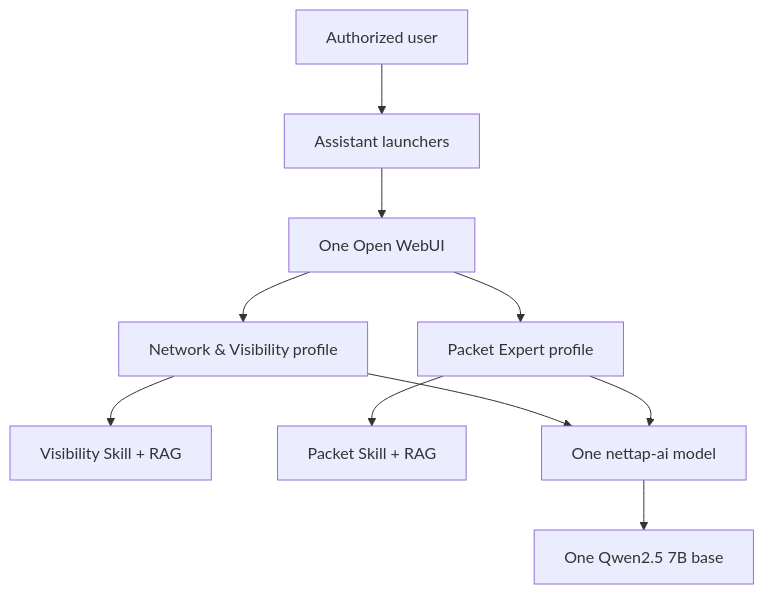
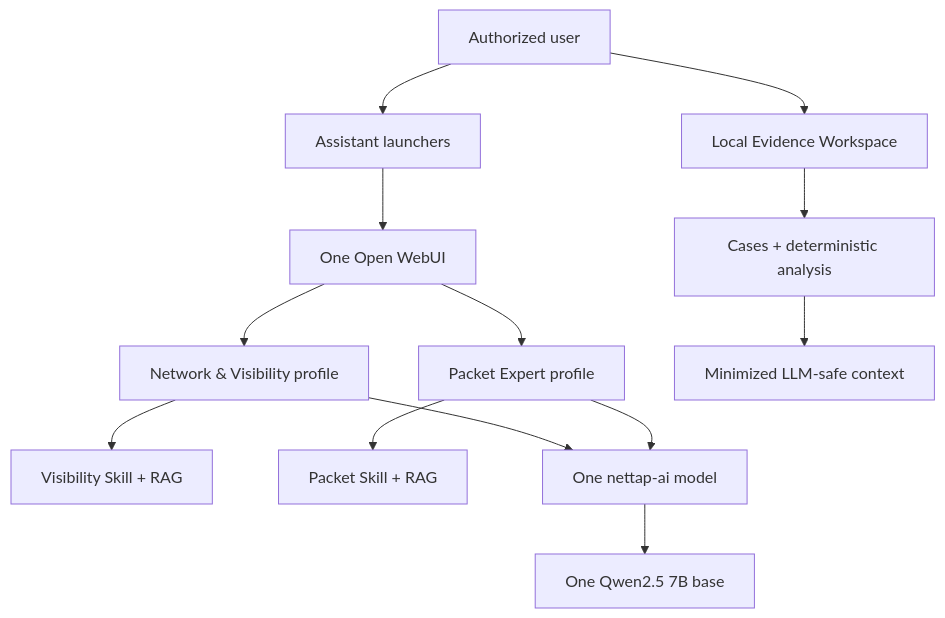
One commit to mpdwyer2367/nettap-packet-expert changed the diagram in README.md. Above: the diagram before and after it, drawn with Mermaid. The commit also changed other lines of this file and 52 other files, not shown here.

Commit message:
feat: add local evidence and case analysis workspace

````diff
--- a/README.md
+++ b/README.md
@@ -20,12 +20,15 @@
 ```mermaid
 flowchart TB
     U["Authorized user"] --> L["Assistant launchers"]
     L --> W["One Open WebUI"]
     W --> V["Network & Visibility profile"]
     W --> P["Packet Expert profile"]
+    U --> E["Local Evidence Workspace"]
+    E --> C["Cases + deterministic analysis"]
+    C --> X["Minimized LLM-safe context"]
     V --> VS["Visibility Skill + RAG"]
     P --> PS["Packet Skill + RAG"]
     V --> N["One nettap-ai model"]
     P --> N
     N --> Q["One Qwen2.5 7B base"]
 ```
````
